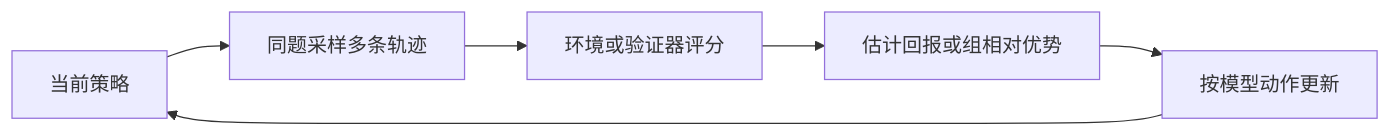
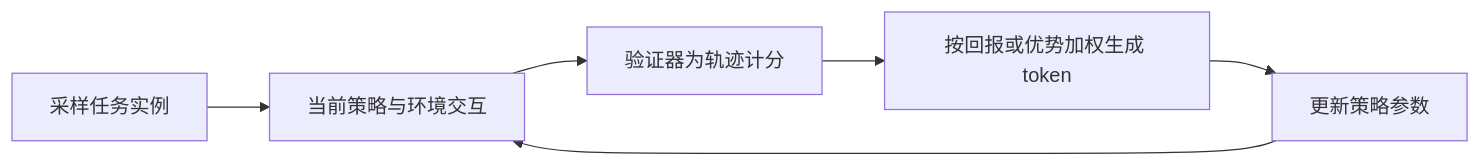
One commit to RoyceChase/cmu-ai-agents-study changed the diagram in lessons/5a-rl-basics/notes.md. Above: the diagram before and after it, drawn with Mermaid. The commit also changed other lines of this file and 14 other files, not shown here.

````diff
--- a/lessons/5a-rl-basics/notes.md
+++ b/lessons/5a-rl-basics/notes.md
@@ -193,8 +65,8 @@
-```mermaid
+~~~mermaid
 flowchart LR
-    P[当前策略] --> T[同题采样多条轨迹]
-    T --> R[环境或验证器评分]
-    R --> A[估计回报或组相对优势]
-    A --> U[按模型动作更新]
+    X[采样任务实例] --> P[当前策略与环境交互]
+    P --> R[验证器为轨迹计分]
+    R --> W[按回报或优势加权生成 token]
+    W --> U[更新策略参数]
     U --> P
-```
+~~~
````
